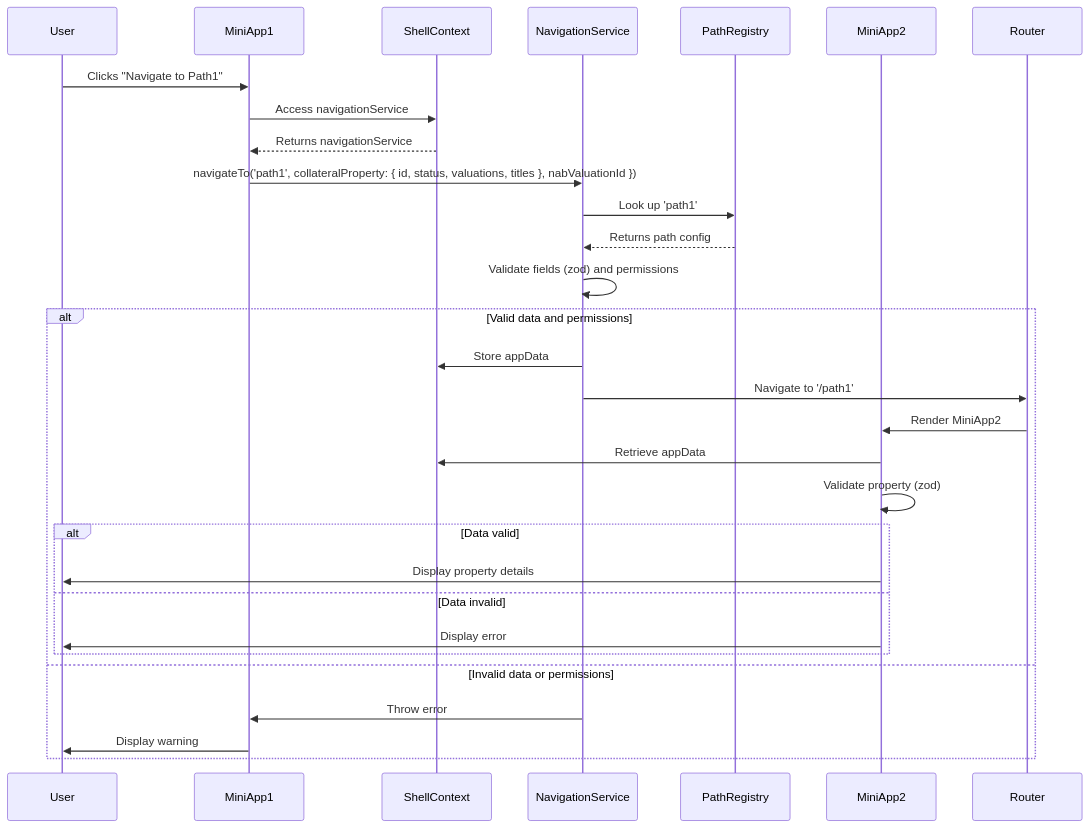
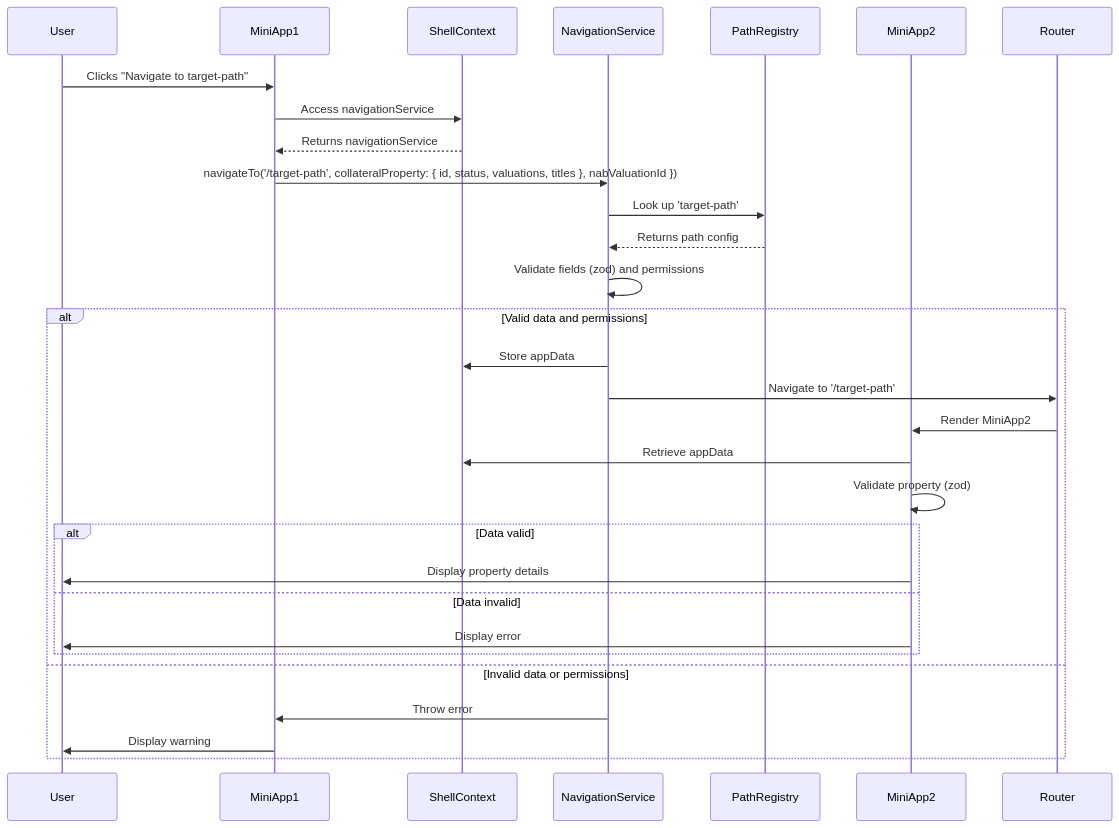
The diagram in designs/react/key-concept.md (tuankhanld49/all-docs), drawn with Mermaid before and after one commit. The commit also changed other lines of this file, not shown here.

````diff
--- a/designs/react/key-concept.md
+++ b/designs/react/key-concept.md
@@ -55,34 +55,34 @@
 ```mermaid
 sequenceDiagram
     participant User
     participant MiniApp1
     participant ShellContext
     participant NavigationService
     participant PathRegistry
     participant MiniApp2
     participant Router
 
-    User->>MiniApp1: Clicks "Navigate to Path1"
+    User->>MiniApp1: Clicks "Navigate to target-path"
     MiniApp1->>ShellContext: Access navigationService
     ShellContext-->>MiniApp1: Returns navigationService
-    MiniApp1->>NavigationService: navigateTo('path1', collateralProperty: { id, status, valuations, titles }, nabValuationId })
+    MiniApp1->>NavigationService: navigateTo('/target-path', collateralProperty: { id, status, valuations, titles }, nabValuationId })
     
-    NavigationService->>PathRegistry: Look up 'path1'
+    NavigationService->>PathRegistry: Look up 'target-path'
     PathRegistry-->>NavigationService: Returns path config
     NavigationService->>NavigationService: Validate fields (zod) and permissions
     alt Valid data and permissions
         NavigationService->>ShellContext: Store appData
-        NavigationService->>Router: Navigate to '/path1'
+        NavigationService->>Router: Navigate to '/target-path'
         Router->>MiniApp2: Render MiniApp2
         MiniApp2->>ShellContext: Retrieve appData
         MiniApp2->>MiniApp2: Validate property (zod)
         alt Data valid
             MiniApp2->>User: Display property details
         else Data invalid
             MiniApp2->>User: Display error
         end
     else Invalid data or permissions
         NavigationService->>MiniApp1: Throw error
         MiniApp1->>User: Display warning
     end
 ```
````
